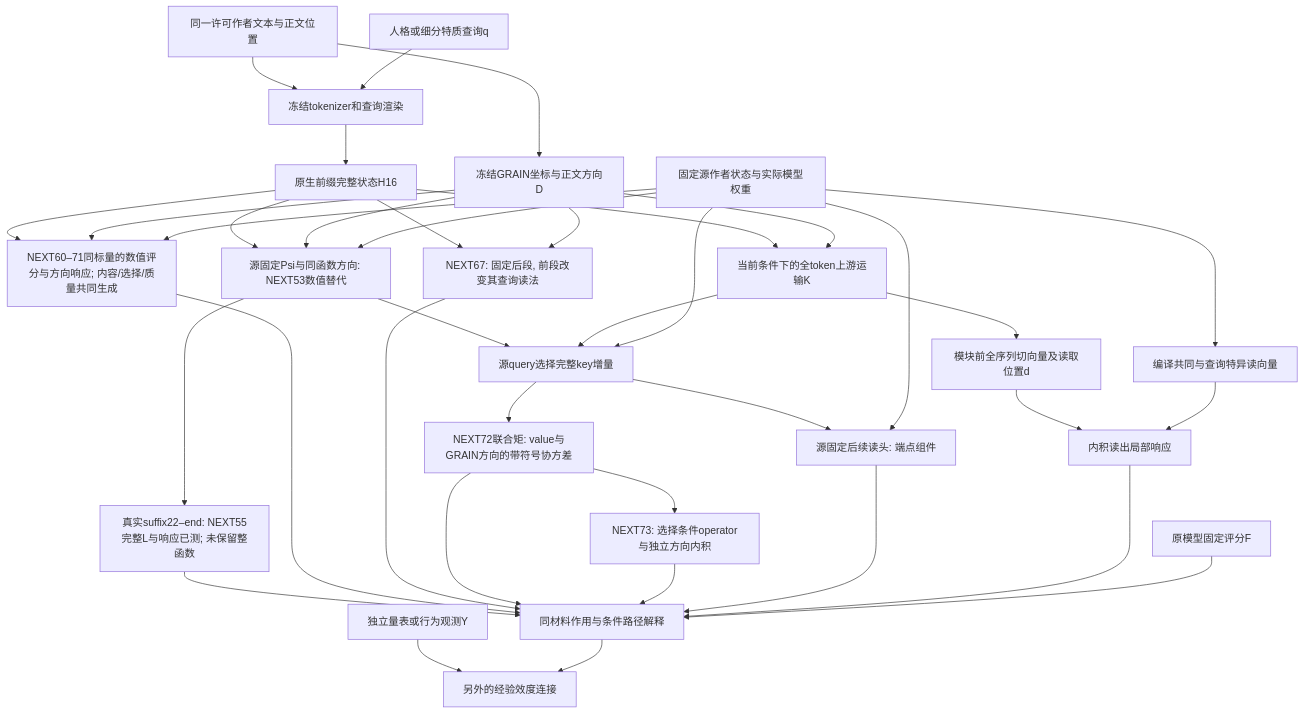
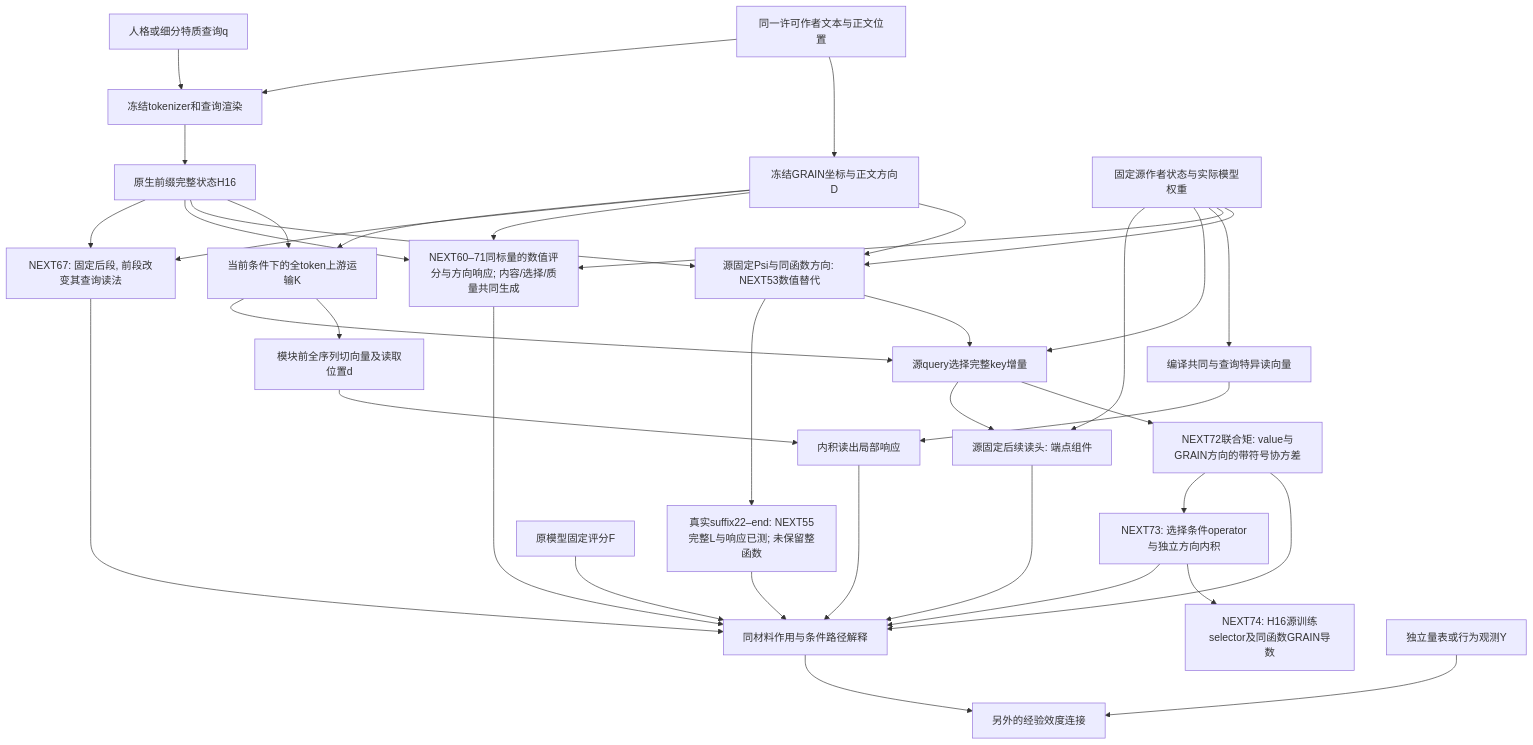
One commit to reiserhhh/GRAIN changed the diagram in docs/GRAIN_UPSTREAM_MECHANISM_INTEGRATION_V1.md. Above: the diagram before and after it, drawn with Mermaid. The commit also changed other lines of this file and 16 other files, not shown here.

````diff
--- a/docs/GRAIN_UPSTREAM_MECHANISM_INTEGRATION_V1.md
+++ b/docs/GRAIN_UPSTREAM_MECHANISM_INTEGRATION_V1.md
@@ -8,39 +8,40 @@
 ```mermaid
 flowchart TD
   T[同一许可作者文本与正文位置] --> G[冻结GRAIN坐标与正文方向D]
   T --> R[冻结tokenizer和查询渲染]
   Q[人格或细分特质查询q] --> R
   R --> H[原生前缀完整状态H16]
   H --> K[当前条件下的全token上游运输K]
   H --> P[源固定Psi与同函数方向: NEXT53数值替代]
   G --> P
   S --> P
   P --> U
   P --> W[真实suffix22–end: NEXT55完整L与响应已测; 未保留整函数]
   W --> J
   H --> Z[NEXT60–71同标量的数值评分与方向响应; 内容/选择/质量共同生成]
   G --> Z
   S --> Z
   Z --> J
   H --> I[NEXT67: 固定后段, 前段改变其查询读法]
   G --> I
   I --> J
   G --> K
   K --> D[模块前全序列切向量及读取位置d]
   S[固定源作者状态与实际模型权重] --> V[编译共同与查询特异读向量]
   D --> A[内积读出局部响应]
   V --> A
   K --> U[源query选择完整key增量]
   S --> U
   U --> M[NEXT72联合矩: value与GRAIN方向的带符号协方差]
   M --> J
   M --> O[NEXT73: 选择条件operator与独立方向内积]
+  O --> P74[NEXT74: H16源训练selector及同函数GRAIN导数]
   O --> J
   U --> C[源固定后续读头: 端点组件]
   S --> C
   C --> J
   A --> J[同材料作用与条件路径解释]
   F[原模型固定评分F] --> J
   Y[独立量表或行为观测Y] --> E[另外的经验效度连接]
   J --> E
 ```
````
